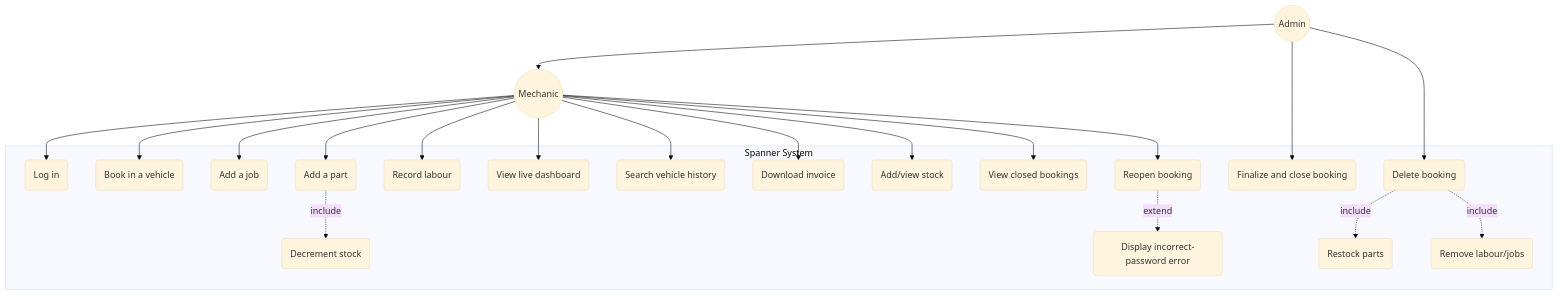
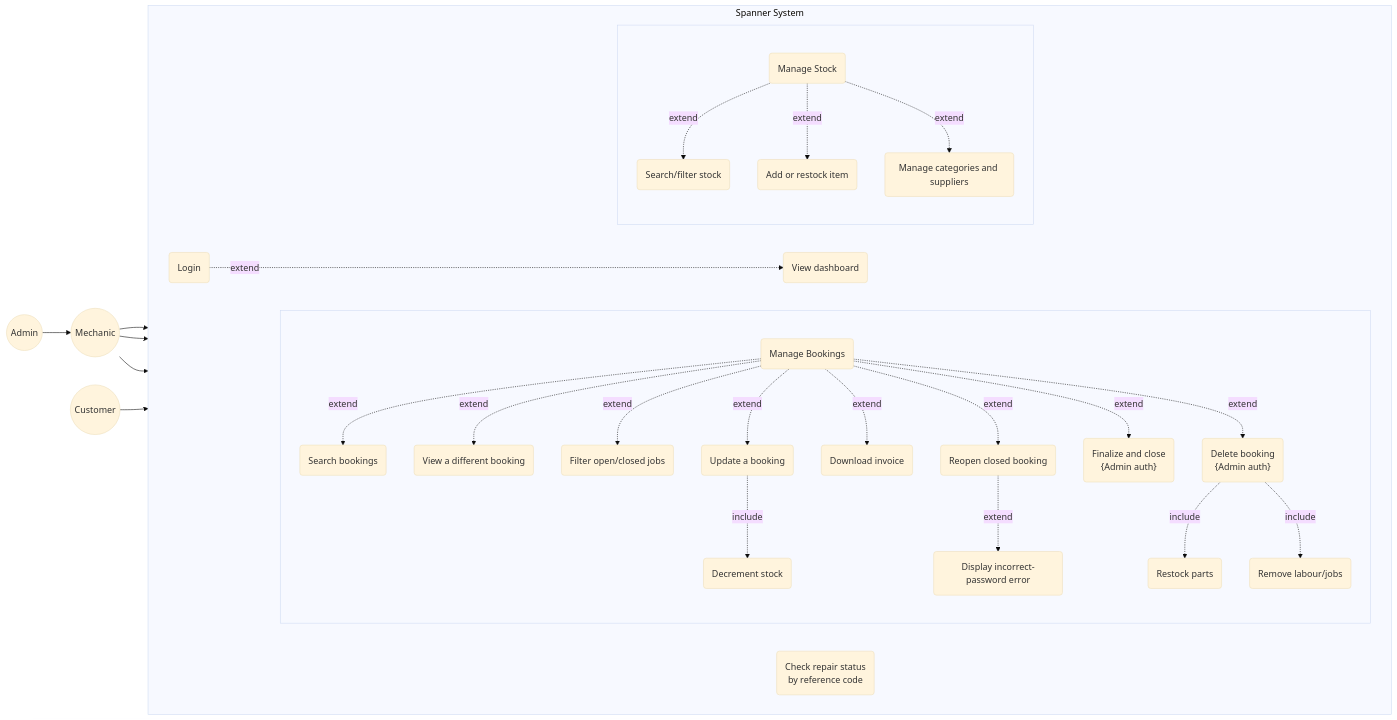
One commit to BlackZ3ro/Spanner-Riese-Auto-Clinic changed the first of 5 diagrams in project-docs/phase-2/uml-and-erd.md. Above: the diagram before and after it, drawn with Mermaid (base theme). The commit also changed other lines of this file and 5 other files, not shown here.

````diff
--- a/project-docs/phase-2/uml-and-erd.md
+++ b/project-docs/phase-2/uml-and-erd.md
@@ -57,47 +55,65 @@
 ```mermaid
-flowchart TB
+flowchart LR
     subgraph Boundary["Spanner System"]
-        UC1(Log in)
-        UC2(Book in a vehicle)
-        UC3(Add a job)
-        UC4(Add a part)
-        UC4b(Decrement stock)
-        UC5(Record labour)
-        UC6(View live dashboard)
-        UC7(Search vehicle history)
-        UC8(Download invoice)
-        UC9(Add/view stock)
-        UC13(View closed bookings)
-        UC12(Reopen booking)
-        UC12b(Display incorrect-password error)
-        UC10(Finalize and close booking)
-        UC11(Delete booking)
-        UC11b(Restock parts)
-        UC11c(Remove labour/jobs)
+        direction LR
+        UC1(Login)
+        UC1b(View dashboard)
+
+        subgraph BookingCluster[" "]
+            direction TB
+            UCB(Manage Bookings)
+            UCB1(Search bookings)
+            UCB2(View a different booking)
+            UCB3(Filter open/closed jobs)
+            UCB4(Update a booking)
+            UCB4b(Decrement stock)
+            UCB5(Download invoice)
+            UCB6(Reopen closed booking)
+            UCB6b(Display incorrect-password error)
+            UCB7("Finalize and close<br/>{Admin auth}")
+            UCB8("Delete booking<br/>{Admin auth}")
+            UCB8b(Restock parts)
+            UCB8c(Remove labour/jobs)
+        end
+
+        subgraph StockCluster[" "]
+            direction TB
+            UCS(Manage Stock)
+            UCS1(Search/filter stock)
+            UCS2(Add or restock item)
+            UCS3(Manage categories and suppliers)
+        end
+
+        UC2("Check repair status<br/>by reference code")
     end
 
     Mechanic((Mechanic))
     Admin((Admin))
+    Customer((Customer))
 
     Admin --> Mechanic
 
     Mechanic --> UC1
-    Mechanic --> UC2
-    Mechanic --> UC3
-    Mechanic --> UC4
-    Mechanic --> UC5
-    Mechanic --> UC6
-    Mechanic --> UC7
-    Mechanic --> UC8
-    Mechanic --> UC9
-    Mechanic --> UC13
-    Mechanic --> UC12
+    Mechanic --> UCB
+    Mechanic --> UCS
+    Customer --> UC2
 
-    Admin --> UC10
-    Admin --> UC11
+    UC1 -. extend .-> UC1b
 
-    UC4 -. include .-> UC4b
-    UC11 -. include .-> UC11b
-    UC11 -. include .-> UC11c
-    UC12 -. extend .-> UC12b
+    UCB -. extend .-> UCB1
+    UCB -. extend .-> UCB2
+    UCB -. extend .-> UCB3
+    UCB -. extend .-> UCB4
+    UCB -. extend .-> UCB5
+    UCB -. extend .-> UCB6
+    UCB -. extend .-> UCB7
+    UCB -. extend .-> UCB8
+    UCB4 -. include .-> UCB4b
+    UCB6 -. extend .-> UCB6b
+    UCB8 -. include .-> UCB8b
+    UCB8 -. include .-> UCB8c
+
+    UCS -. extend .-> UCS1
+    UCS -. extend .-> UCS2
+    UCS -. extend .-> UCS3
 ```
````
